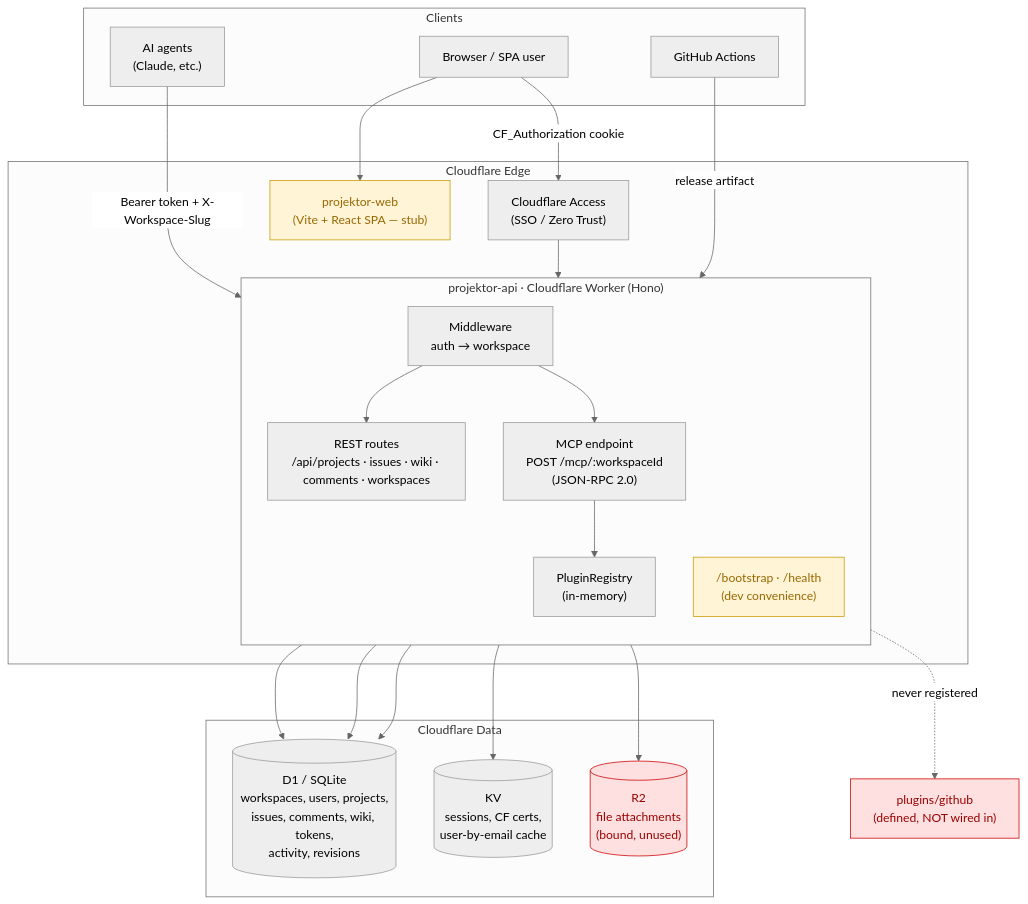
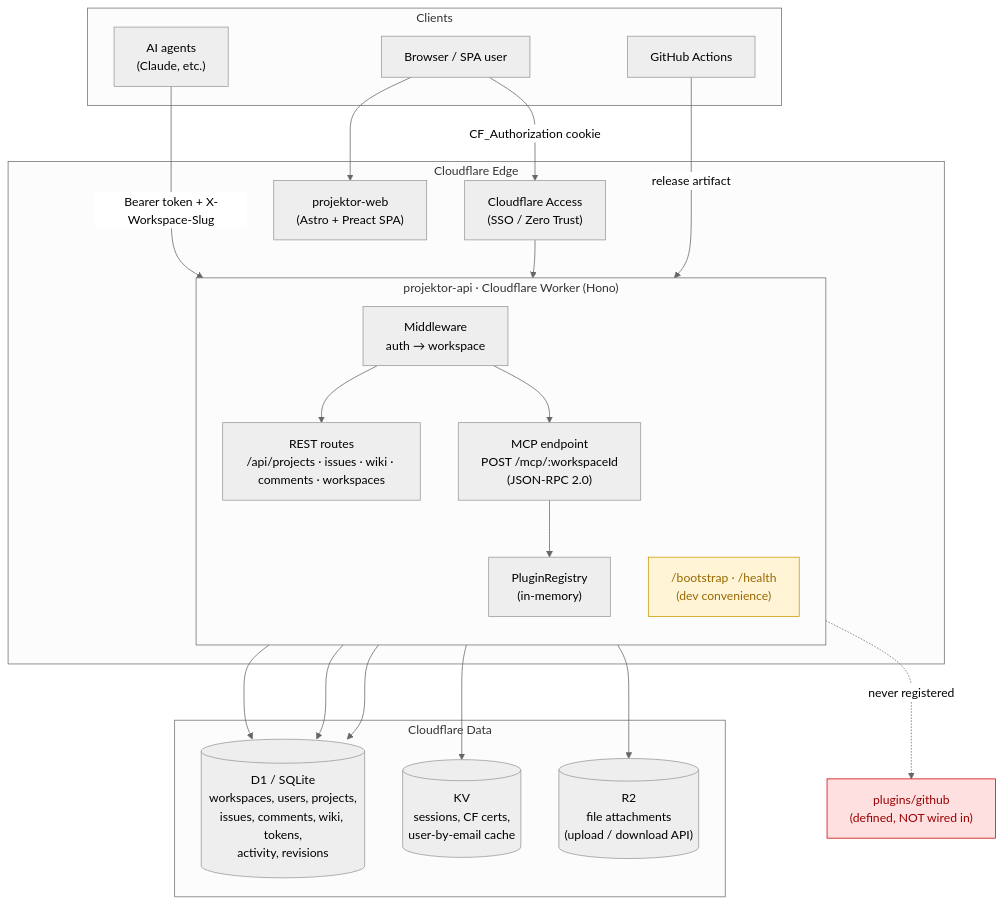
One commit to TAJD/projektor changed the diagram in docs/architecture.md. Above: the diagram before and after it, drawn with Mermaid (neutral theme). The commit also changed other lines of this file, not shown here.

Commit message:
docs(architecture): correct stale frontend + R2 facts
The diagram and layer table still described the frontend as a "Vite + React
stub (single static <h1>)" and R2 as "bound, unused" — both disproved by the
code audit. apps/web is a full Astro + Preact SPA (issues, board, sprints,
wiki, settings, tokens) and R2 has a working upload/download attachment API.
Update the Pages/R2 nodes and the Frontend row, and drop R2 from the "gap"
class and Pages from the "stub" class (Plugins remains the only real gap).

Claude-Session: https://claude.ai/code/session_01EYGnyTmzZ1HmMwZeAV9u8P

````diff
--- a/docs/architecture.md
+++ b/docs/architecture.md
@@ -31,49 +31,49 @@
 ```mermaid
 flowchart TB
     subgraph Clients
         AI["AI agents<br/>(Claude, etc.)"]
         Browser["Browser / SPA user"]
         CI["GitHub Actions"]
     end
 
     subgraph Edge["Cloudflare Edge"]
         Access["Cloudflare Access<br/>(SSO / Zero Trust)"]
         subgraph Worker["projektor-api · Cloudflare Worker (Hono)"]
             direction TB
             MW["Middleware<br/>auth → workspace"]
             REST["REST routes<br/>/api/projects · issues · wiki · comments · workspaces"]
             MCP["MCP endpoint<br/>POST /mcp/:workspaceId<br/>(JSON-RPC 2.0)"]
             BOOT["/bootstrap · /health<br/>(dev convenience)"]
             REG["PluginRegistry<br/>(in-memory)"]
         end
-        Pages["projektor-web<br/>(Vite + React SPA — stub)"]
+        Pages["projektor-web<br/>(Astro + Preact SPA)"]
     end
 
     subgraph Storage["Cloudflare Data"]
         D1[("D1 / SQLite<br/>workspaces, users, projects,<br/>issues, comments, wiki, tokens,<br/>activity, revisions")]
         KV[("KV<br/>sessions, CF certs,<br/>user-by-email cache")]
-        R2[("R2<br/>file attachments<br/>(bound, unused)")]
+        R2[("R2<br/>file attachments<br/>(upload / download API)")]
     end
 
     Plugins["plugins/github<br/>(defined, NOT wired in)"]
 
     AI -->|"Bearer token + X-Workspace-Slug"| MCP
     Browser -->|"CF_Authorization cookie"| Access --> REST
     Browser --> Pages
     CI -->|"release artifact"| Worker
 
     MW --> REST
     MW --> MCP
     MCP --> REG
     REST --> D1
     MCP --> D1
     MW --> D1
     MW --> KV
     REST --> R2
     REG -.->|"never registered"| Plugins
 
     classDef gap fill:#ffe0e0,stroke:#c00,color:#900;
     classDef stub fill:#fff5d6,stroke:#c90,color:#960;
-    class Plugins,R2 gap;
-    class Pages,BOOT stub;
+    class Plugins gap;
+    class BOOT stub;
 ```
````
